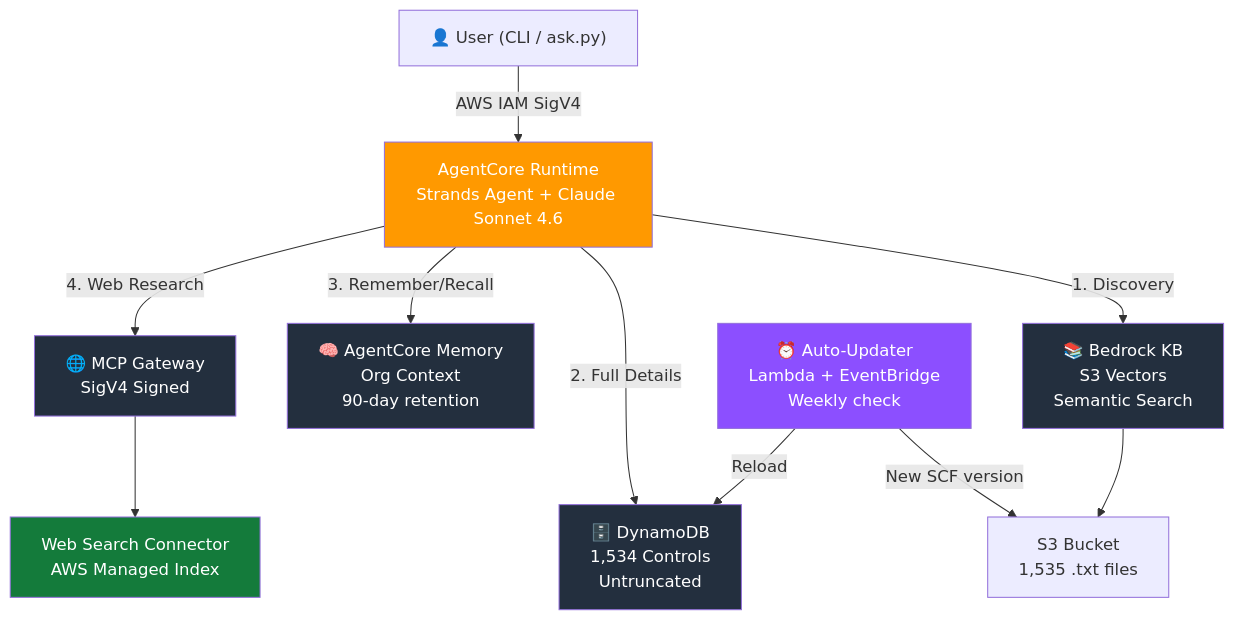
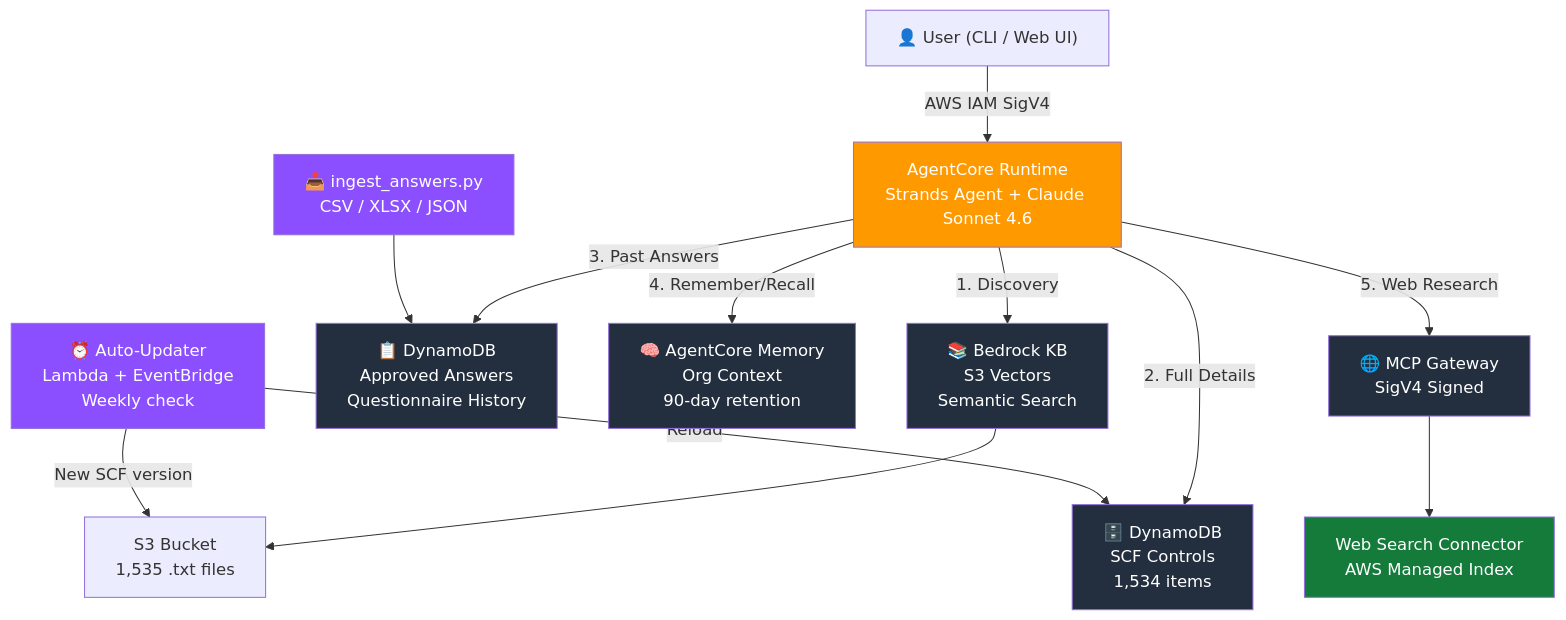
One commit to mgbec/SCF-Agent-with-A2A changed the diagram in README.md. Above: the diagram before and after it, drawn with Mermaid. The commit also changed other lines of this file and 1 other file, not shown here.

Commit message:
Update docs: add questionnaire answers to architecture, diagrams, and sample queries

````diff
--- a/README.md
+++ b/README.md
@@ -9,23 +9,27 @@
 ```mermaid
 graph TD
-    User["👤 User (CLI / ask.py)"] -->|"AWS IAM SigV4"| Runtime["AgentCore Runtime<br/>Strands Agent + Claude Sonnet 4.6"]
+    User["👤 User (CLI / Web UI)"] -->|"AWS IAM SigV4"| Runtime["AgentCore Runtime<br/>Strands Agent + Claude Sonnet 4.6"]
     
     Runtime -->|"1. Discovery"| KB["📚 Bedrock KB<br/>S3 Vectors<br/>Semantic Search"]
-    Runtime -->|"2. Full Details"| DDB["🗄️ DynamoDB<br/>1,534 Controls<br/>Untruncated"]
-    Runtime -->|"3. Remember/Recall"| Memory["🧠 AgentCore Memory<br/>Org Context<br/>90-day retention"]
-    Runtime -->|"4. Web Research"| Gateway["🌐 MCP Gateway<br/>SigV4 Signed"]
+    Runtime -->|"2. Full Details"| DDB["🗄️ DynamoDB<br/>SCF Controls<br/>1,534 items"]
+    Runtime -->|"3. Past Answers"| Answers["📋 DynamoDB<br/>Approved Answers<br/>Questionnaire History"]
+    Runtime -->|"4. Remember/Recall"| Memory["🧠 AgentCore Memory<br/>Org Context<br/>90-day retention"]
+    Runtime -->|"5. Web Research"| Gateway["🌐 MCP Gateway<br/>SigV4 Signed"]
     
     Gateway --> WebSearch["Web Search Connector<br/>AWS Managed Index"]
     KB --> S3["S3 Bucket<br/>1,535 .txt files"]
     
+    Ingest["📥 ingest_answers.py<br/>CSV / XLSX / JSON"] --> Answers
     Updater["⏰ Auto-Updater<br/>Lambda + EventBridge<br/>Weekly check"] -->|"New SCF version"| S3
     Updater -->|"Reload"| DDB
 
     style Runtime fill:#ff9900,color:#fff
     style KB fill:#232f3e,color:#fff
     style DDB fill:#232f3e,color:#fff
+    style Answers fill:#232f3e,color:#fff
     style Memory fill:#232f3e,color:#fff
     style Gateway fill:#232f3e,color:#fff
     style WebSearch fill:#147b3b,color:#fff
     style Updater fill:#8c4fff,color:#fff
+    style Ingest fill:#8c4fff,color:#fff
 ```
````
